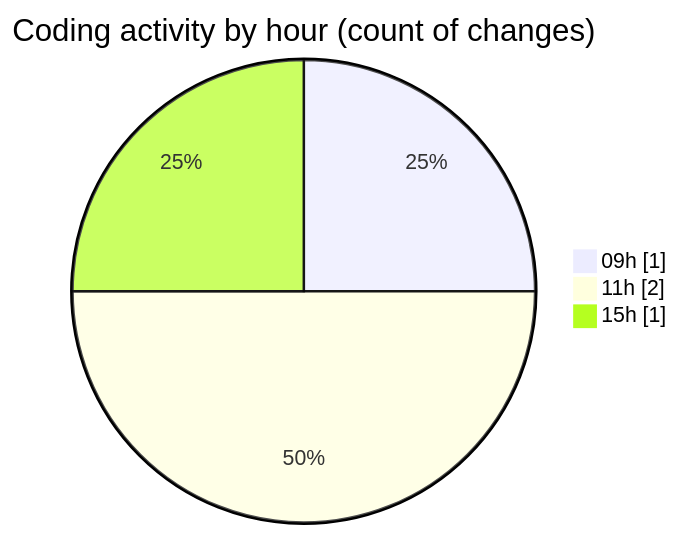
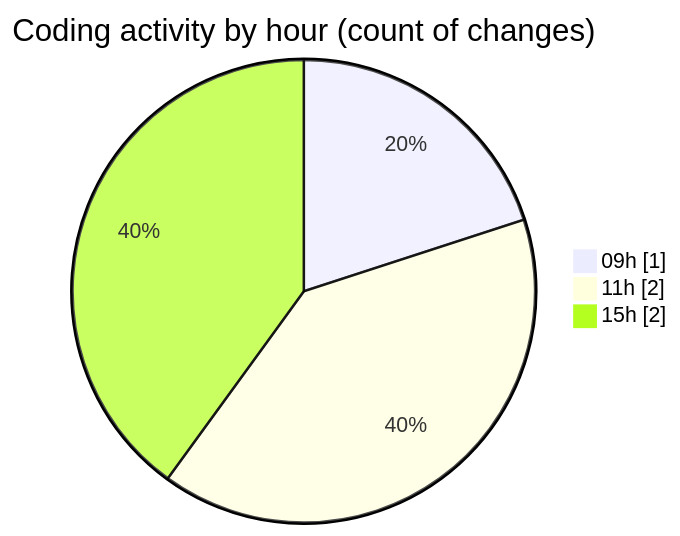
The second of 2 diagrams in 2026-02-06/enviar_facturas/README.md (LanceThiago/code-tracking), drawn with Mermaid before and after one commit. The commit also changed other lines of this file and 1 other file, not shown here.

````diff
--- a/2026-02-06/enviar_facturas/README.md
+++ b/2026-02-06/enviar_facturas/README.md
@@ -30,7 +30,7 @@
 ```mermaid
 pie showData
 title Coding activity by hour (count of changes)
 "09h" : 1
 "11h" : 2
-"15h" : 1
+"15h" : 2
 ```
````
